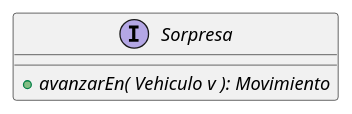
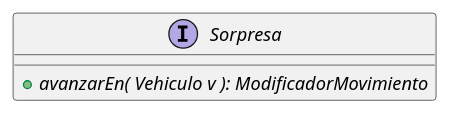
One commit to rodrigovzq/algo3_tp2 changed the second of 2 diagrams in diagrams/classes/DiagramaClase_Sorpresa.puml. Above: the diagram before and after it, drawn with PlantUML. The commit also changed other lines of this file and 4 other files, not shown here.

Commit message:
Agrego Modificador Movimiento. Surge un n nuevo problema a resolver.

```diff
--- a/diagrams/classes/DiagramaClase_Sorpresa.puml
+++ b/diagrams/classes/DiagramaClase_Sorpresa.puml
@@ -31,5 +31,5 @@
 @startuml(id=SINSUBCLASES)
 interface Sorpresa{
-    + {abstract} avanzarEn( Vehiculo v ): Movimiento
+    + {abstract} avanzarEn( Vehiculo v ): ModificadorMovimiento
 }
 @enduml
```
